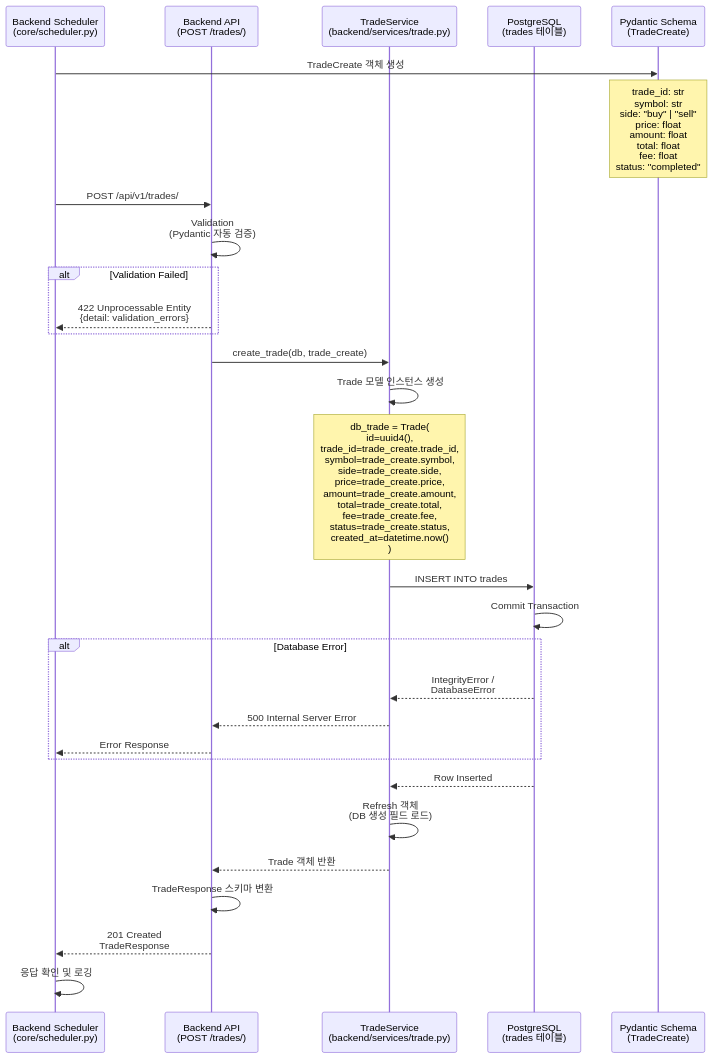
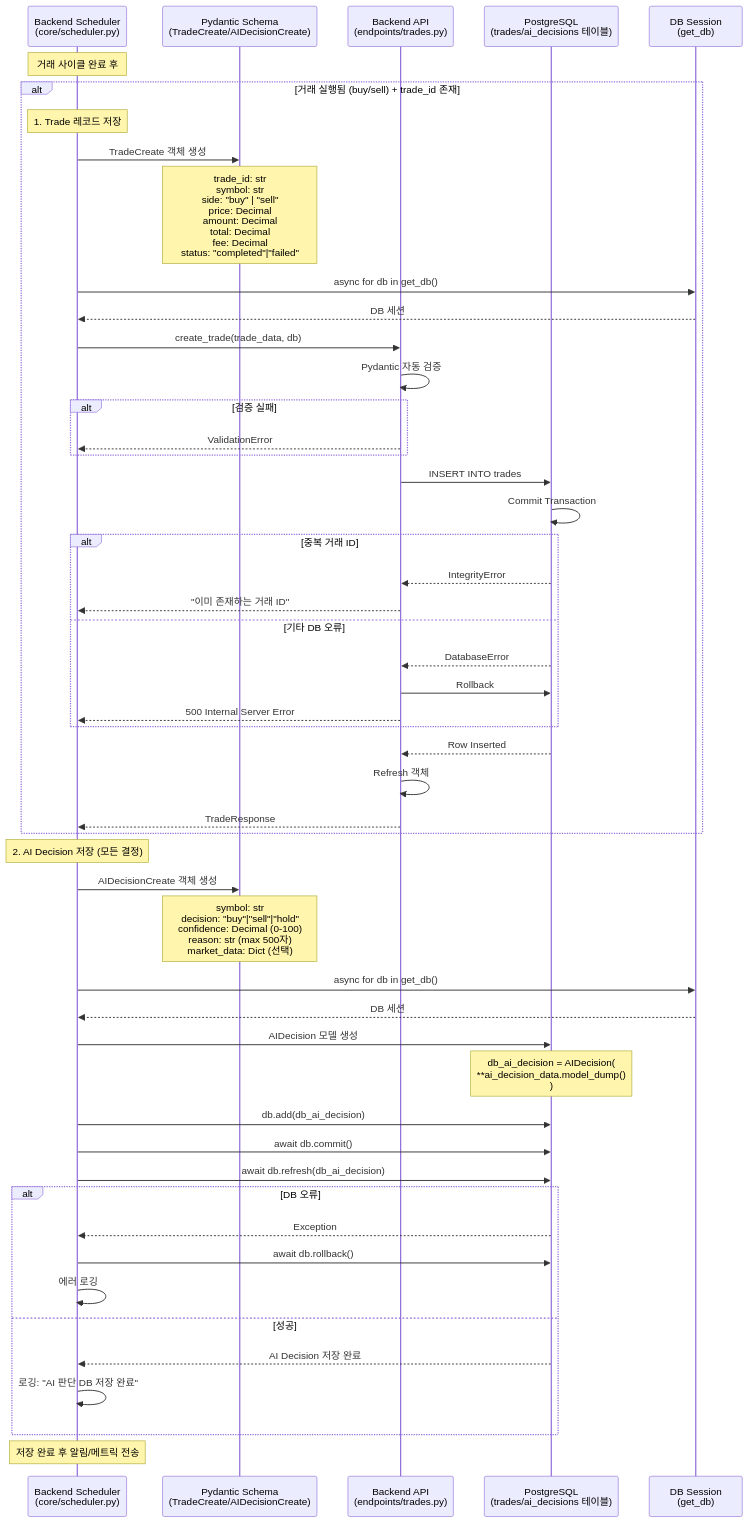
Before and after one commit to myselios/dg_bot: the diagram in docs/diagrams/04-database-save-flow.mmd, drawn with Mermaid. The commit also changed 146 other files, not shown here.

First line of the commit message:
refactor: Clean Architecture 도입 및 프로젝트 구조 정리

```diff
--- a/docs/diagrams/04-database-save-flow.mmd
+++ b/docs/diagrams/04-database-save-flow.mmd
@@ -1,38 +1,69 @@
 sequenceDiagram
     participant BackendScheduler as Backend Scheduler<br/>(core/scheduler.py)
-    participant API as Backend API<br/>(POST /trades/)
-    participant TradeService as TradeService<br/>(backend/services/trade.py)
-    participant DB as PostgreSQL<br/>(trades 테이블)
-    participant Schema as Pydantic Schema<br/>(TradeCreate)
+    participant Schema as Pydantic Schema<br/>(TradeCreate/AIDecisionCreate)
+    participant API as Backend API<br/>(endpoints/trades.py)
+    participant DB as PostgreSQL<br/>(trades/ai_decisions 테이블)
+    participant Session as DB Session<br/>(get_db)
 
-    BackendScheduler->>Schema: TradeCreate 객체 생성
-    Note over Schema: trade_id: str<br/>symbol: str<br/>side: "buy" | "sell"<br/>price: float<br/>amount: float<br/>total: float<br/>fee: float<br/>status: "completed"
+    Note over BackendScheduler: 거래 사이클 완료 후
 
-    BackendScheduler->>API: POST /api/v1/trades/
-    API->>API: Validation<br/>(Pydantic 자동 검증)
+    alt 거래 실행됨 (buy/sell) + trade_id 존재
 
-    alt Validation Failed
-        API-->>BackendScheduler: 422 Unprocessable Entity<br/>{detail: validation_errors}
+        Note over BackendScheduler: 1. Trade 레코드 저장
+
+        BackendScheduler->>Schema: TradeCreate 객체 생성
+        Note over Schema: trade_id: str<br/>symbol: str<br/>side: "buy" | "sell"<br/>price: Decimal<br/>amount: Decimal<br/>total: Decimal<br/>fee: Decimal<br/>status: "completed"|"failed"
+
+        BackendScheduler->>Session: async for db in get_db()
+        Session-->>BackendScheduler: DB 세션
+
+        BackendScheduler->>API: create_trade(trade_data, db)
+        API->>API: Pydantic 자동 검증
+
+        alt 검증 실패
+            API-->>BackendScheduler: ValidationError
+        end
+
+        API->>DB: INSERT INTO trades
+        DB->>DB: Commit Transaction
+
+        alt 중복 거래 ID
+            DB-->>API: IntegrityError
+            API-->>BackendScheduler: "이미 존재하는 거래 ID"
+        else 기타 DB 오류
+            DB-->>API: DatabaseError
+            API->>DB: Rollback
+            API-->>BackendScheduler: 500 Internal Server Error
+        end
+
+        DB-->>API: Row Inserted
+        API->>API: Refresh 객체
+        API-->>BackendScheduler: TradeResponse
+
     end
 
-    API->>TradeService: create_trade(db, trade_create)
-    TradeService->>TradeService: Trade 모델 인스턴스 생성
+    Note over BackendScheduler: 2. AI Decision 저장 (모든 결정)
 
-    Note over TradeService: db_trade = Trade(<br/>  id=uuid4(),<br/>  trade_id=trade_create.trade_id,<br/>  symbol=trade_create.symbol,<br/>  side=trade_create.side,<br/>  price=trade_create.price,<br/>  amount=trade_create.amount,<br/>  total=trade_create.total,<br/>  fee=trade_create.fee,<br/>  status=trade_create.status,<br/>  created_at=datetime.now()<br/>)
+    BackendScheduler->>Schema: AIDecisionCreate 객체 생성
+    Note over Schema: symbol: str<br/>decision: "buy"|"sell"|"hold"<br/>confidence: Decimal (0-100)<br/>reason: str (max 500자)<br/>market_data: Dict (선택)
 
-    TradeService->>DB: INSERT INTO trades
-    DB->>DB: Commit Transaction
+    BackendScheduler->>Session: async for db in get_db()
+    Session-->>BackendScheduler: DB 세션
 
-    alt Database Error
-        DB-->>TradeService: IntegrityError /<br/>DatabaseError
-        TradeService-->>API: 500 Internal Server Error
-        API-->>BackendScheduler: Error Response
+    BackendScheduler->>DB: AIDecision 모델 생성
+    Note over DB: db_ai_decision = AIDecision(<br/>  **ai_decision_data.model_dump()<br/>)
+
+    BackendScheduler->>DB: db.add(db_ai_decision)
+    BackendScheduler->>DB: await db.commit()
+    BackendScheduler->>DB: await db.refresh(db_ai_decision)
+
+    alt DB 오류
+        DB-->>BackendScheduler: Exception
+        BackendScheduler->>DB: await db.rollback()
+        BackendScheduler->>BackendScheduler: 에러 로깅
+    else 성공
+        DB-->>BackendScheduler: AI Decision 저장 완료
+        BackendScheduler->>BackendScheduler: 로깅: "AI 판단 DB 저장 완료"
     end
 
-    DB-->>TradeService: Row Inserted
-    TradeService->>TradeService: Refresh 객체<br/>(DB 생성 필드 로드)
-    TradeService-->>API: Trade 객체 반환
-    API->>API: TradeResponse 스키마 변환
-    API-->>BackendScheduler: 201 Created<br/>TradeResponse
-
-    BackendScheduler->>BackendScheduler: 응답 확인 및 로깅
+    Note over BackendScheduler: 저장 완료 후 알림/메트릭 전송
```
